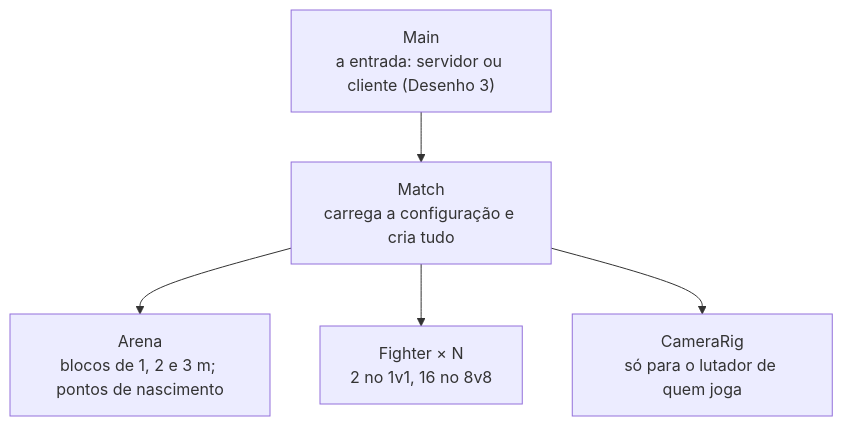
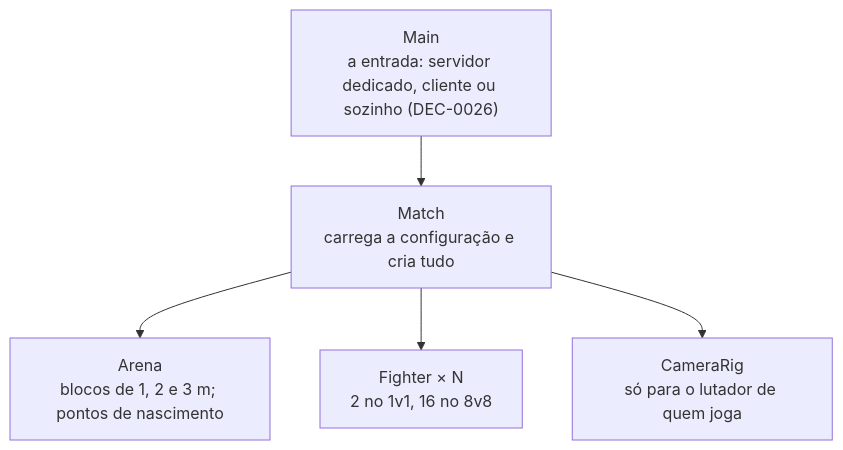
One commit to Kibryant/jogo-acrobatico changed the fifth of 5 diagrams in docs/arquitetura/visao-geral.md. Above: the diagram before and after it, drawn with Mermaid. The commit also changed other lines of this file and 200 other files, not shown here.

````diff
--- a/docs/arquitetura/visao-geral.md
+++ b/docs/arquitetura/visao-geral.md
@@ -167,7 +174,7 @@
 ```mermaid
 flowchart TB
-  main["Main<br/>a entrada: servidor ou cliente (Desenho 3)"] --> match["Match<br/>carrega a configuração e cria tudo"]
+  main["Main<br/>a entrada: servidor dedicado, cliente ou sozinho (DEC-0026)"] --> match["Match<br/>carrega a configuração e cria tudo"]
   match --> arena["Arena<br/>blocos de 1, 2 e 3 m; pontos de nascimento"]
   match --> fighters["Fighter × N<br/>2 no 1v1, 16 no 8v8"]
   match --> cam["CameraRig<br/>só para o lutador de quem joga"]
 ```
````
